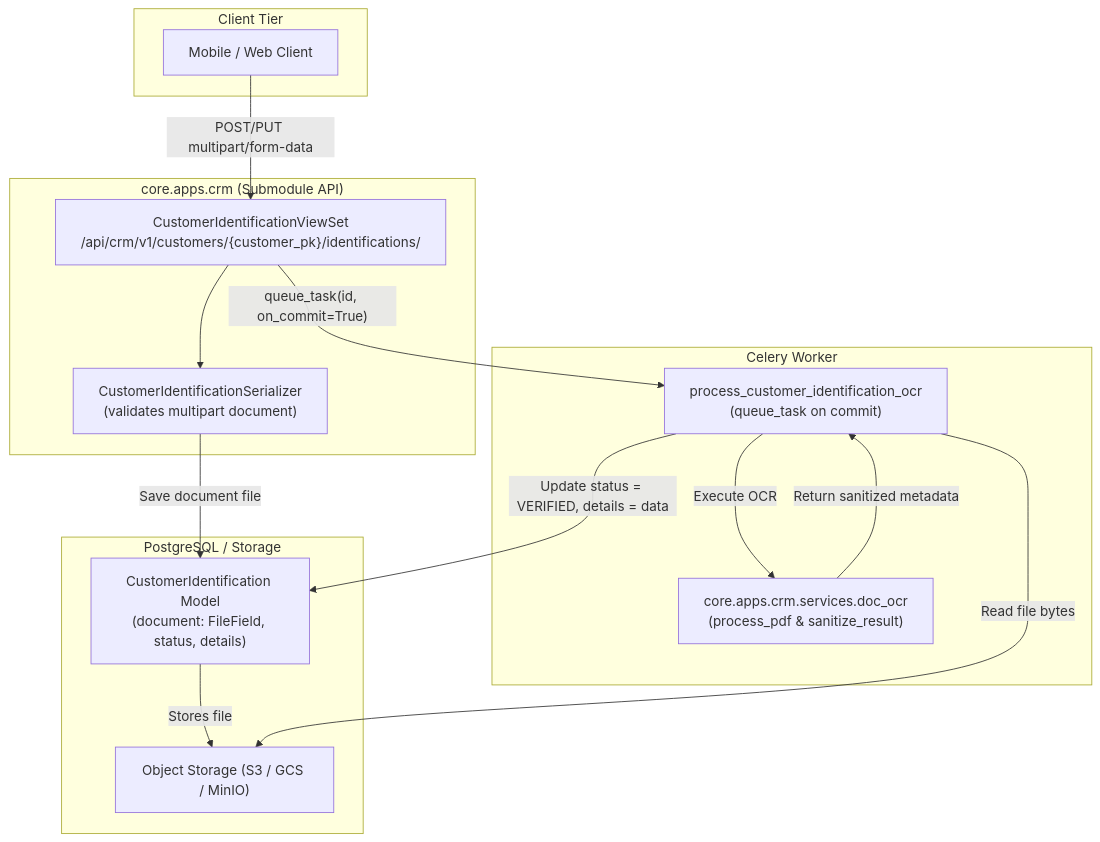
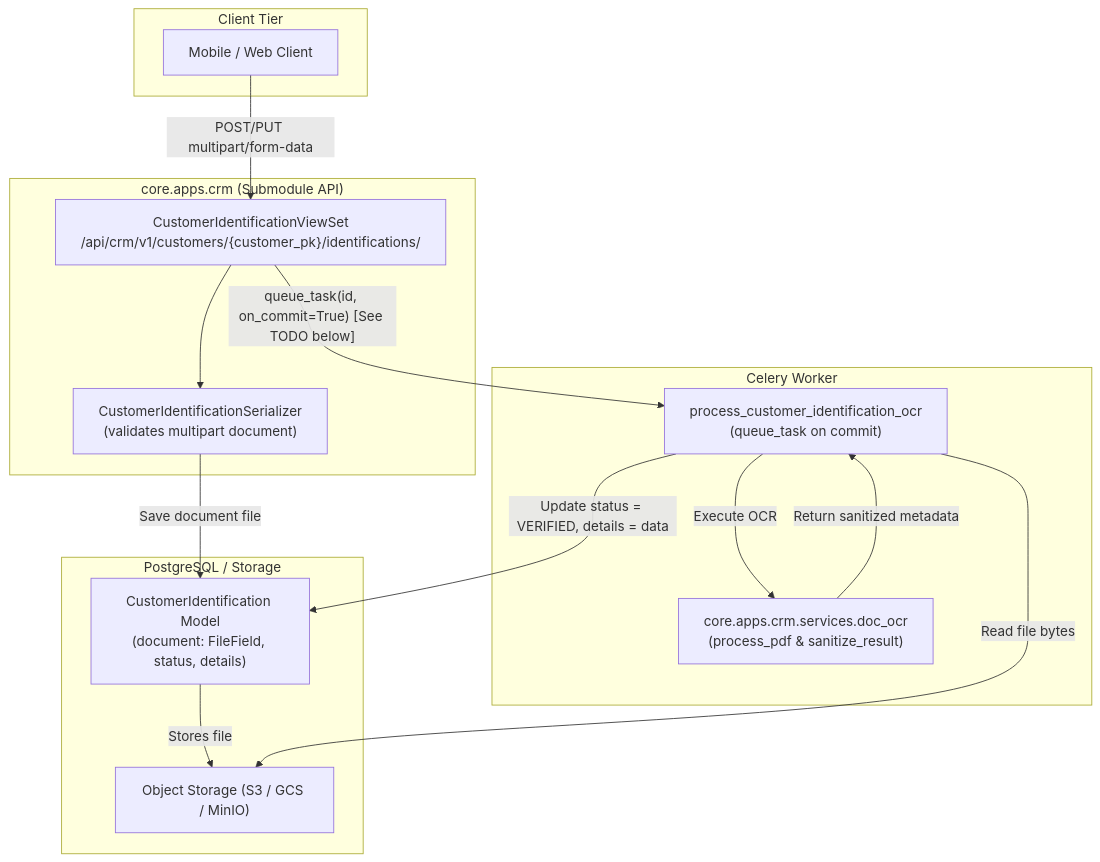
Before and after one commit to singhjot85/ride-share-app-django: the diagram in backend/overrides/services/README.md, drawn with Mermaid. The commit also changed other lines of this file and 13 other files, not shown here.

````diff
--- a/backend/overrides/services/README.md
+++ b/backend/overrides/services/README.md
@@ -67,31 +67,31 @@
 ```mermaid
 flowchart TD
     subgraph Client["Client Tier"]
         C["Mobile / Web Client"]
     end
 
     subgraph CoreAPI["core.apps.crm (Submodule API)"]
         ViewSet["CustomerIdentificationViewSet<br/>/api/crm/v1/customers/{customer_pk}/identifications/"]
         Serializer["CustomerIdentificationSerializer<br/>(validates multipart document)"]
     end
 
     subgraph CoreDB["PostgreSQL / Storage"]
         Model["CustomerIdentification Model<br/>(document: FileField, status, details)"]
         GCS["Object Storage (S3 / GCS / MinIO)"]
     end
 
     subgraph CoreAsync["Celery Worker"]
         Task["process_customer_identification_ocr<br/>(queue_task on commit)"]
         Engine["core.apps.crm.services.doc_ocr<br/>(process_pdf & sanitize_result)"]
     end
 
     C -->|"POST/PUT multipart/form-data"| ViewSet
     ViewSet --> Serializer
     Serializer -->|"Save document file"| Model
     Model -->|"Stores file"| GCS
-    ViewSet -->|"queue_task(id, on_commit=True)"| Task
+    ViewSet -->|"queue_task(id, on_commit=True) [See TODO below]"| Task
     Task -->|"Read file bytes"| GCS
     Task -->|"Execute OCR"| Engine
     Engine -->|"Return sanitized metadata"| Task
     Task -->|"Update status = VERIFIED, details = data"| Model
 ```
````
